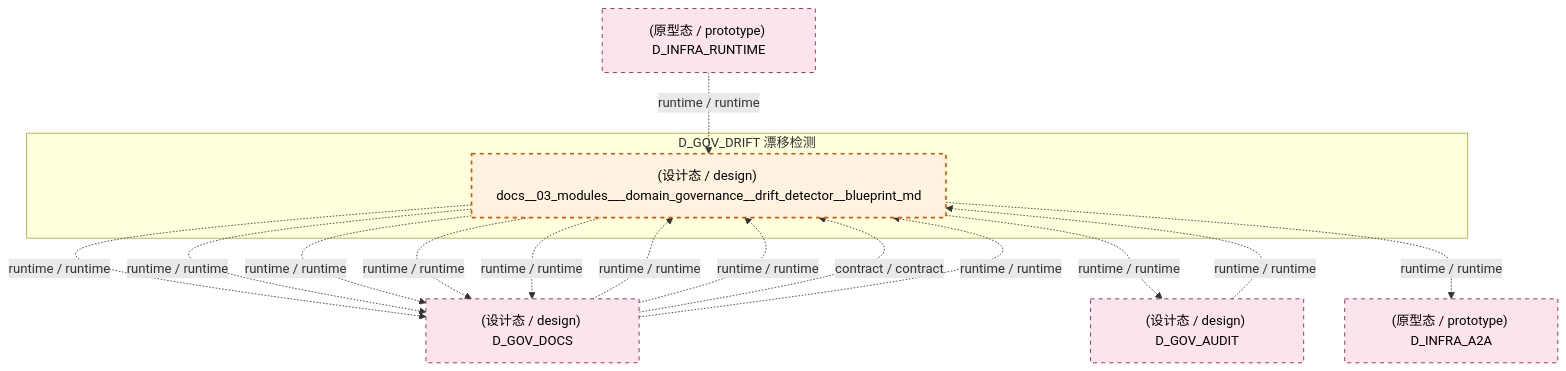
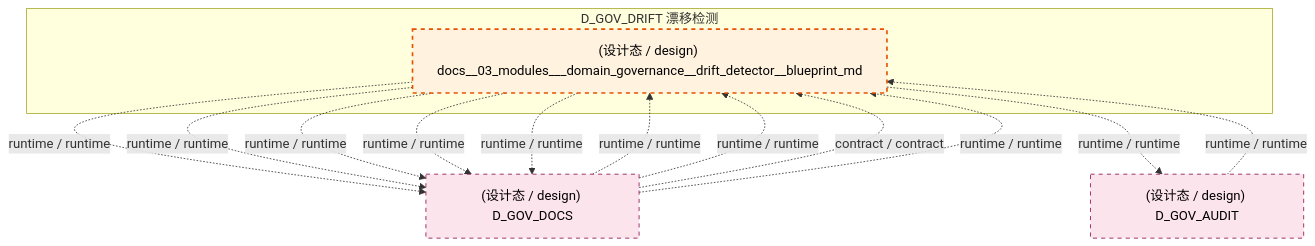
The fifth of 7 diagrams in docs/02_enterprise_architecture/02_domain_architecture_docs/41_d_gov_drift.md (xuanFelixVan/ZephyrAlpha), drawn with Mermaid before and after one commit. The commit also changed other lines of this file and 126 other files, not shown here.

````diff
--- a/docs/02_enterprise_architecture/02_domain_architecture_docs/41_d_gov_drift.md
+++ b/docs/02_enterprise_architecture/02_domain_architecture_docs/41_d_gov_drift.md
@@ -550,29 +544,25 @@
 ```mermaid
 graph TD
     subgraph D_GOV_DRIFT["D_GOV_DRIFT 漂移检测"]
         docs_03_modules_domain_governance_drift_detector_blueprint_md["(设计态 / design) docs__03_modules___domain_governance__drift_detector__blueprint_md"]
     end
     D_GOV_DOCS["(设计态 / design) D_GOV_DOCS"]
     docs_03_modules_domain_governance_drift_detector_blueprint_md -.->|runtime / runtime| D_GOV_DOCS
     docs_03_modules_domain_governance_drift_detector_blueprint_md -.->|runtime / runtime| D_GOV_DOCS
     D_GOV_AUDIT["(设计态 / design) D_GOV_AUDIT"]
     docs_03_modules_domain_governance_drift_detector_blueprint_md -.->|runtime / runtime| D_GOV_AUDIT
-    D_INFRA_A2A["(原型态 / prototype) D_INFRA_A2A"]
-    docs_03_modules_domain_governance_drift_detector_blueprint_md -.->|runtime / runtime| D_INFRA_A2A
     docs_03_modules_domain_governance_drift_detector_blueprint_md -.->|runtime / runtime| D_GOV_DOCS
     docs_03_modules_domain_governance_drift_detector_blueprint_md -.->|runtime / runtime| D_GOV_DOCS
     docs_03_modules_domain_governance_drift_detector_blueprint_md -.->|runtime / runtime| D_GOV_DOCS
     D_GOV_AUDIT -.->|runtime / runtime| docs_03_modules_domain_governance_drift_detector_blueprint_md
     D_GOV_DOCS -.->|runtime / runtime| docs_03_modules_domain_governance_drift_detector_blueprint_md
     D_GOV_DOCS -.->|runtime / runtime| docs_03_modules_domain_governance_drift_detector_blueprint_md
     D_GOV_DOCS -.->|contract / contract| docs_03_modules_domain_governance_drift_detector_blueprint_md
     D_GOV_DOCS -.->|runtime / runtime| docs_03_modules_domain_governance_drift_detector_blueprint_md
-    D_INFRA_RUNTIME["(原型态 / prototype) D_INFRA_RUNTIME"]
-    D_INFRA_RUNTIME -.->|runtime / runtime| docs_03_modules_domain_governance_drift_detector_blueprint_md
     classDef production fill:#e1f5fe,stroke:#01579b,stroke-width:2px,color:#000
     classDef design fill:#fff3e0,stroke:#e65100,stroke-width:2px,color:#000,stroke-dasharray: 5 5
     classDef external_prod fill:#e8f5e9,stroke:#1b5e20,stroke-width:1px,color:#000
     classDef external_design fill:#fce4ec,stroke:#880e4f,stroke-width:1px,color:#000,stroke-dasharray: 5 5
     class docs_03_modules_domain_governance_drift_detector_blueprint_md design
-    class D_GOV_DOCS,D_GOV_AUDIT,D_INFRA_A2A,D_INFRA_RUNTIME external_design
+    class D_GOV_DOCS,D_GOV_AUDIT external_design
 ```
````
